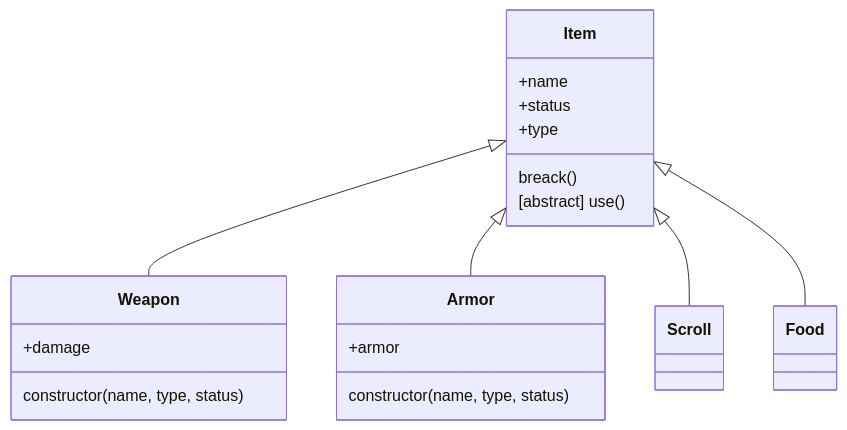
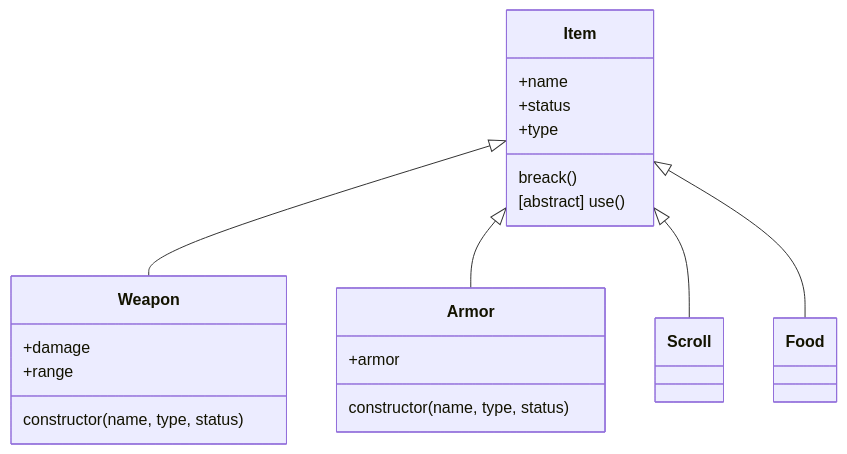
Before and after one commit to AugustinPech/Java_cours_campus: the second of 2 diagrams in docs/DonjonAndDragons/classDiagram.md, drawn with Mermaid. The commit also changed 2 other files, not shown here.

Commit message:
#1 simplified Caracter class for now

````diff
--- a/docs/DonjonAndDragons/classDiagram.md
+++ b/docs/DonjonAndDragons/classDiagram.md
@@ -84,26 +84,27 @@
 ```mermaid
 classDiagram
     Item <|-- Weapon
     Item <|-- Armor
     Item <|-- Scroll
     Item <|-- Food
     class Item {
         +name
         +status
         +type
         breack()
         [abstract] use()
     }
     class Weapon {
         +damage
+        +range
         constructor(name, type, status)
     }
     class Armor{
         +armor
         constructor(name, type, status)
     }
     class Scroll{
     }
     class Food {
     }
 ```
````
